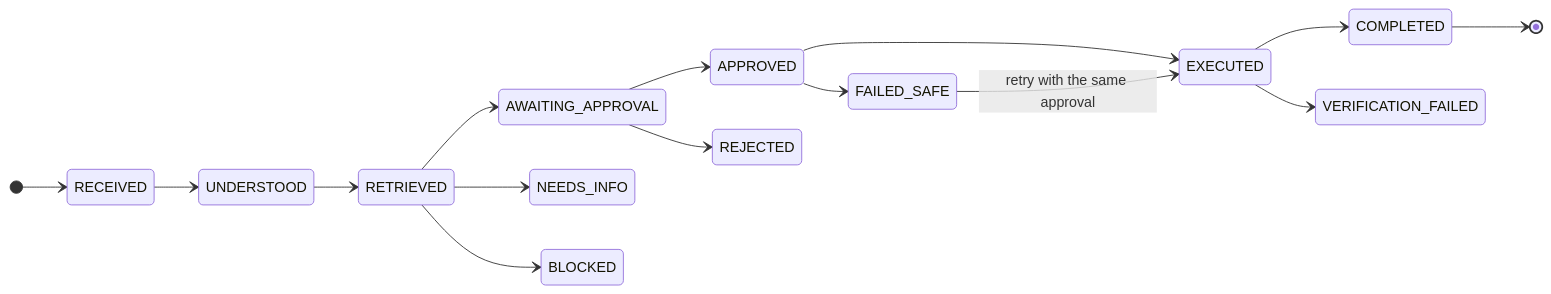
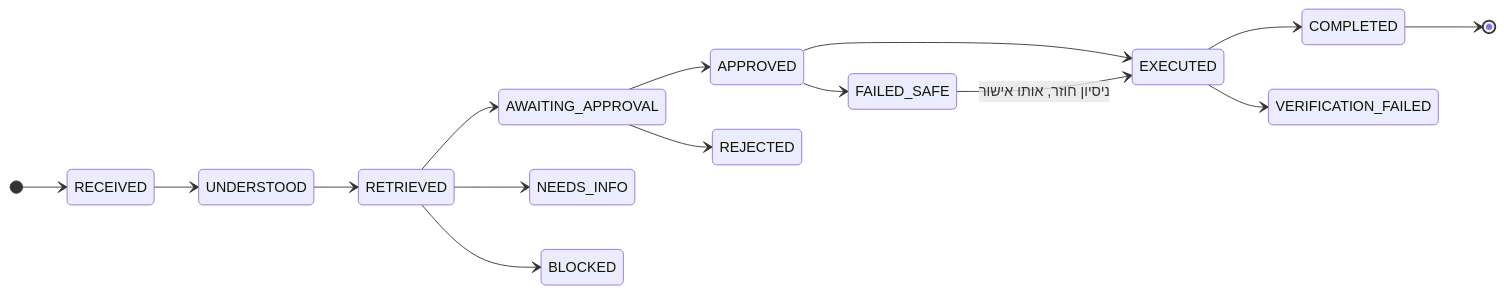
Before and after one commit to ofriimor/access-request-assistant: the second of 3 diagrams in README.md, drawn with Mermaid. The commit also changed other lines of this file, not shown here.

Commit message:
README in Hebrew with right-to-left layout and flow diagrams

````diff
--- a/README.md
+++ b/README.md
@@ -78,18 +94,18 @@
 ```mermaid
 stateDiagram-v2
     direction LR
     [*] --> RECEIVED
     RECEIVED --> UNDERSTOOD
     UNDERSTOOD --> RETRIEVED
     RETRIEVED --> AWAITING_APPROVAL
     RETRIEVED --> NEEDS_INFO
     RETRIEVED --> BLOCKED
     AWAITING_APPROVAL --> APPROVED
     AWAITING_APPROVAL --> REJECTED
     APPROVED --> EXECUTED
     APPROVED --> FAILED_SAFE
-    FAILED_SAFE --> EXECUTED: retry with the same approval
+    FAILED_SAFE --> EXECUTED: ניסיון חוזר, אותו אישור
     EXECUTED --> COMPLETED
     EXECUTED --> VERIFICATION_FAILED
     COMPLETED --> [*]
 ```
````
